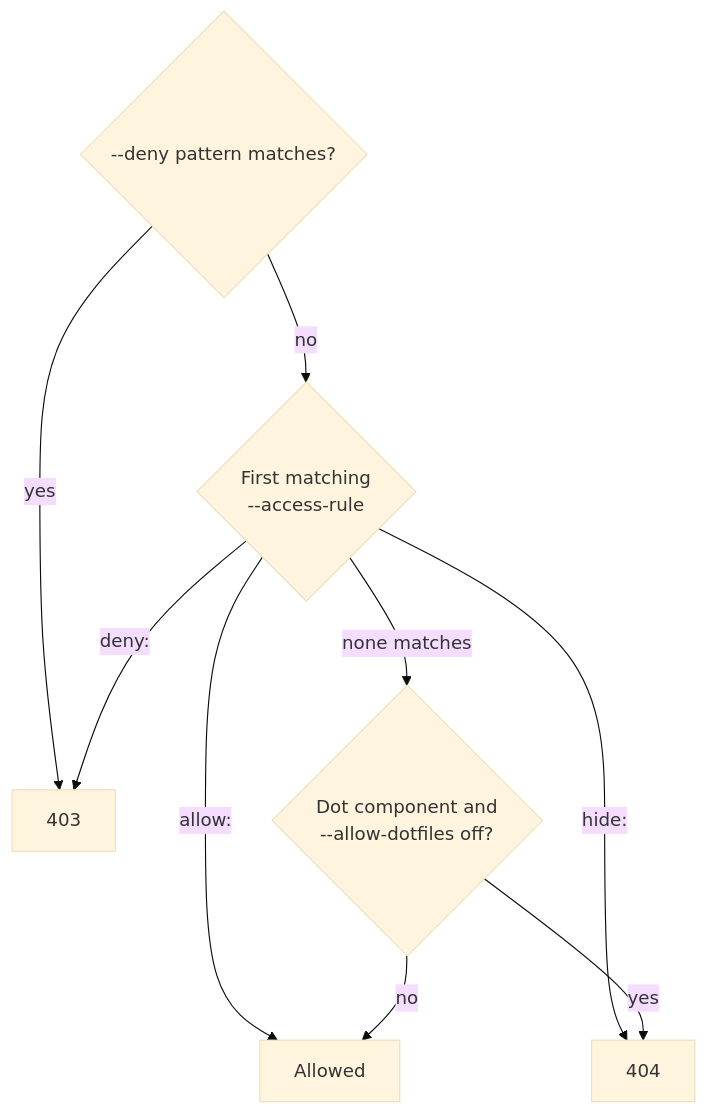
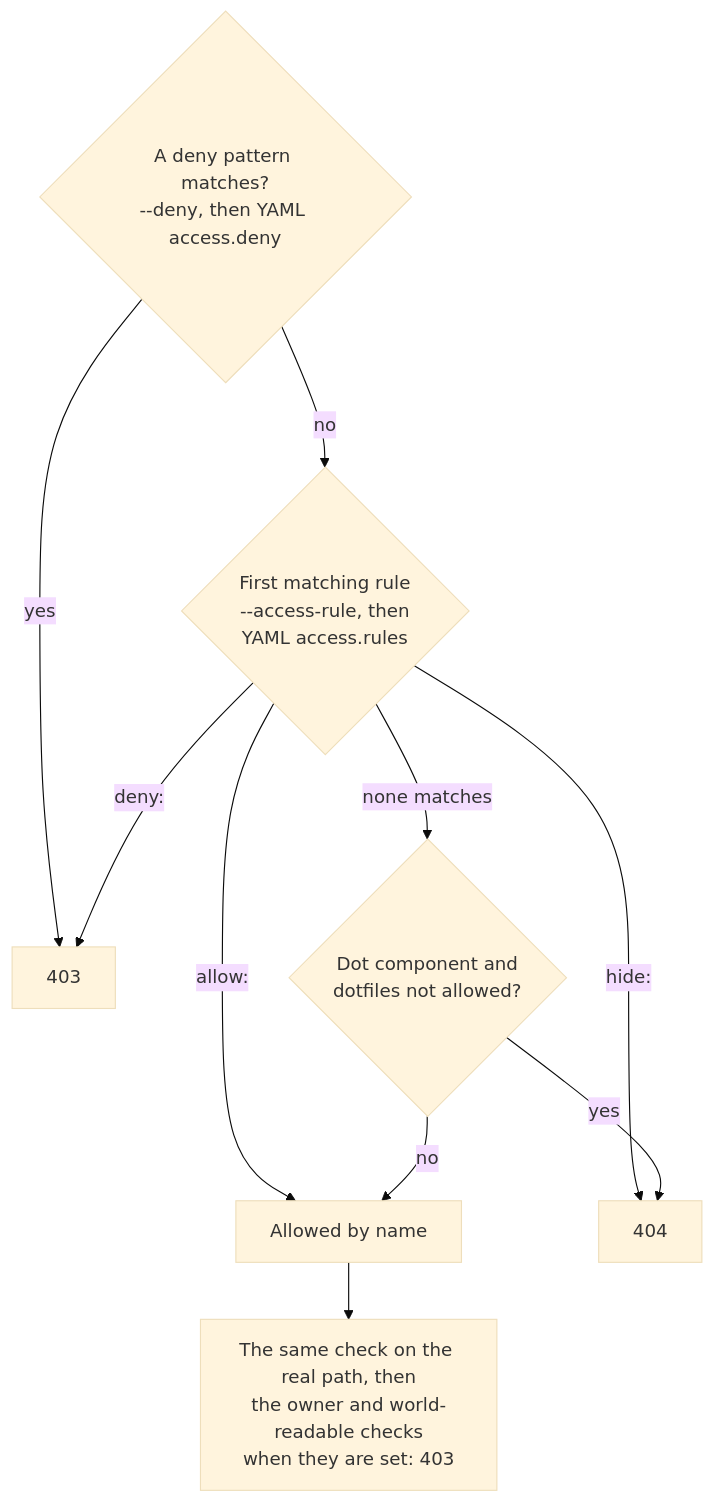
Before and after one commit to BlivionIaG/sjws_nettask: the diagram in docs/user/access-rules.md, drawn with Mermaid (base theme). The commit also changed 14 other files, not shown here.

````diff
--- a/docs/user/access-rules.md
+++ b/docs/user/access-rules.md
@@ -16,11 +16,12 @@
 ```mermaid
 flowchart TD
-    d{"--deny pattern matches?"} -->|yes| r403["403"]
-    d -->|no| rl{"First matching<br/>--access-rule"}
-    rl -->|"allow:"| ok["Allowed"]
+    d{"A deny pattern matches?<br/>--deny, then YAML access.deny"} -->|yes| r403["403"]
+    d -->|no| rl{"First matching rule<br/>--access-rule, then<br/>YAML access.rules"}
+    rl -->|"allow:"| ok["Allowed by name"]
     rl -->|"deny:"| r403
     rl -->|"hide:"| r404["404"]
-    rl -->|"none matches"| dot{"Dot component and<br/>--allow-dotfiles off?"}
+    rl -->|"none matches"| dot{"Dot component and<br/>dotfiles not allowed?"}
     dot -->|yes| r404
     dot -->|no| ok
+    ok --> rp["The same check on the real path, then<br/>the owner and world-readable checks<br/>when they are set: 403"]
 ```
````
